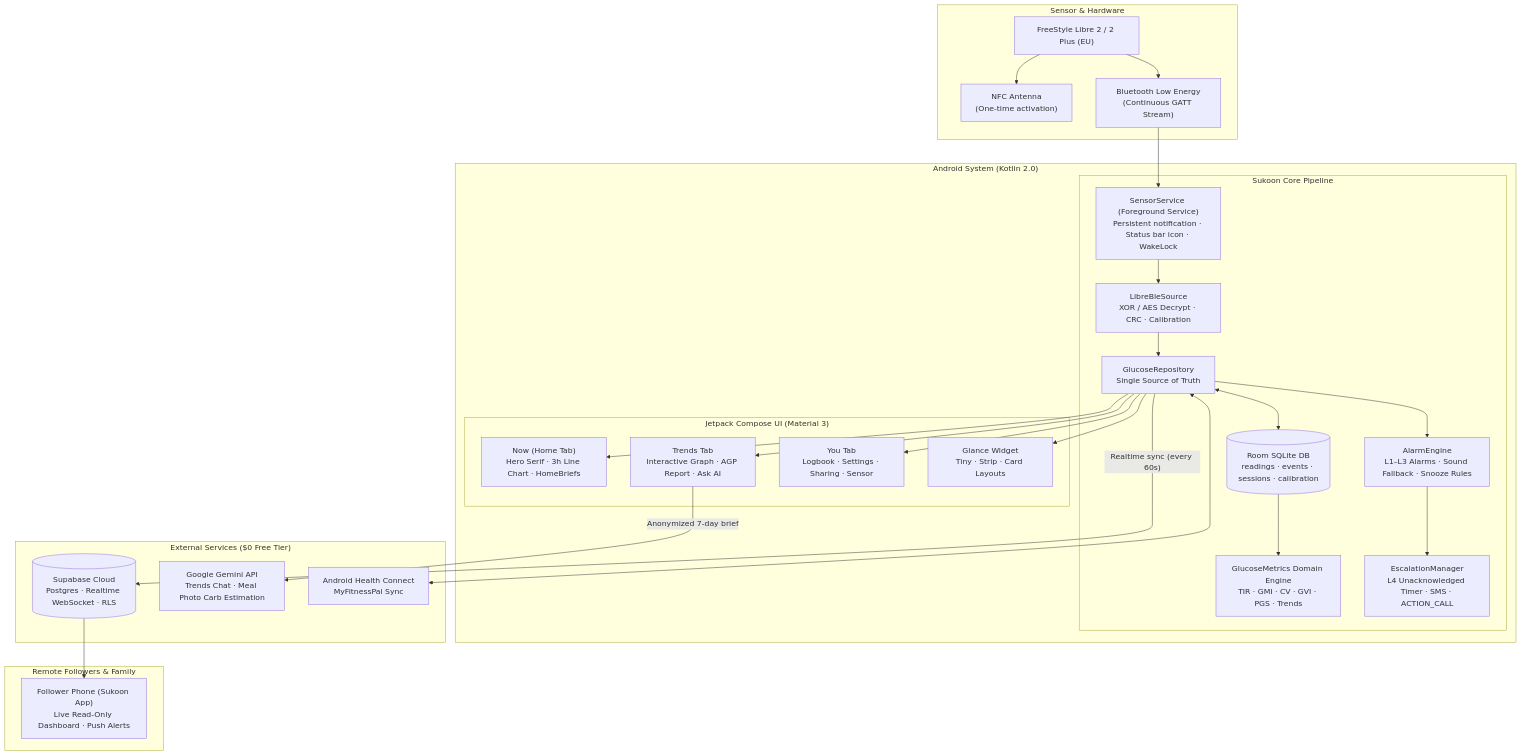
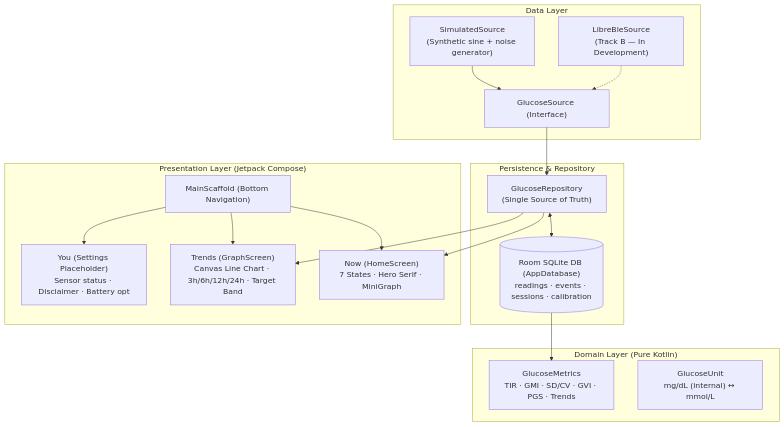
Before and after one commit to khairyKY/sukoon: the diagram in README.md, drawn with Mermaid. The commit also changed other lines of this file, not shown here.

Commit message:
docs: scope README strictly to main (Phase 0 / A1-A3) with accurate roadmap

````diff
--- a/README.md
+++ b/README.md
@@ -178,61 +167,37 @@
 ```mermaid
 flowchart TD
-  subgraph SensorLayer["Sensor & Hardware"]
-    S["FreeStyle Libre 2 / 2 Plus (EU)"]
-    NFC["NFC Antenna<br/>(One-time activation)"]
-    BLE["Bluetooth Low Energy<br/>(Continuous GATT Stream)"]
-    S --> NFC
-    S --> BLE
+  subgraph DataLayer["Data Layer"]
+    SRC["GlucoseSource (Interface)"]
+    SIM["SimulatedSource<br/>(Synthetic sine + noise generator)"]
+    BLE["LibreBleSource<br/>(Track B — In Development)"]
+    SIM --> SRC
+    BLE -.-> SRC
   end
 
-  subgraph AndroidOS["Android System (Kotlin 2.0)"]
-    FGS["SensorService (Foreground Service)<br/>Persistent notification · Status bar icon · WakeLock"]
-    BLE --> FGS
-    
-    subgraph CoreEngine["Sukoon Core Pipeline"]
-      DEC["LibreBleSource<br/>XOR / AES Decrypt · CRC · Calibration"]
-      FGS --> DEC
-      
-      REPO["GlucoseRepository<br/>Single Source of Truth"]
-      DEC --> REPO
-      
-      ROOM[("Room SQLite DB<br/>readings · events · sessions · calibration")]
-      REPO <--> ROOM
-      
-      METRICS["GlucoseMetrics Domain Engine<br/>TIR · GMI · CV · GVI · PGS · Trends"]
-      ROOM --> METRICS
-      
-      ALARM["AlarmEngine<br/>L1–L3 Alarms · Sound Fallback · Snooze Rules"]
-      ESCALATE["EscalationManager<br/>L4 Unacknowledged Timer · SMS · ACTION_CALL"]
-      REPO --> ALARM
-      ALARM --> ESCALATE
-    end
-    
-    subgraph UI["Jetpack Compose UI (Material 3)"]
-      NOW["Now (Home Tab)<br/>Hero Serif · 3h Line Chart · HomeBriefs"]
-      TRENDS["Trends Tab<br/>Interactive Graph · AGP Report · Ask AI"]
-      YOU["You Tab<br/>Logbook · Settings · Sharing · Sensor"]
-      WIDGET["Glance Widget<br/>Tiny · Strip · Card Layouts"]
-    end
-    
-    REPO --> NOW
-    REPO --> TRENDS
-    REPO --> YOU
-    REPO --> WIDGET
+  subgraph PersistenceLayer["Persistence & Repository"]
+    REPO["GlucoseRepository<br/>(Single Source of Truth)"]
+    SRC --> REPO
+    ROOM[("Room SQLite DB (AppDatabase)<br/>readings · events · sessions · calibration")]
+    REPO <--> ROOM
   end
 
-  subgraph Cloud["External Services ($0 Free Tier)"]
-    SB[("Supabase Cloud<br/>Postgres · Realtime WebSocket · RLS")]
-    GEMINI["Google Gemini API<br/>Trends Chat · Meal Photo Carb Estimation"]
-    HC["Android Health Connect<br/>MyFitnessPal Sync"]
+  subgraph DomainLayer["Domain Layer (Pure Kotlin)"]
+    METRICS["GlucoseMetrics<br/>TIR · GMI · SD/CV · GVI · PGS · Trends"]
+    UNITS["GlucoseUnit<br/>mg/dL (internal) ↔ mmol/L"]
+    ROOM --> METRICS
   end
 
-  REPO -- "Realtime sync (every 60s)" --> SB
-  TRENDS -- "Anonymized 7-day brief" --> GEMINI
-  REPO <--> HC
+  subgraph PresentationLayer["Presentation Layer (Jetpack Compose)"]
+    SCAF["MainScaffold (Bottom Navigation)"]
+    NOW["Now (HomeScreen)<br/>7 States · Hero Serif · MiniGraph"]
+    TRENDS["Trends (GraphScreen)<br/>Canvas Line Chart · 3h/6h/12h/24h · Target Band"]
+    YOU["You (Settings Placeholder)<br/>Sensor status · Disclaimer · Battery opt"]
+    
+    SCAF --> NOW
+    SCAF --> TRENDS
+    SCAF --> YOU
+  end
 
-  subgraph Followers["Remote Followers & Family"]
-    VIEWER["Follower Phone (Sukoon App)<br/>Live Read-Only Dashboard · Push Alerts"]
-    SB --> VIEWER
-  end
+  REPO --> NOW
+  REPO --> TRENDS
 ```
````
